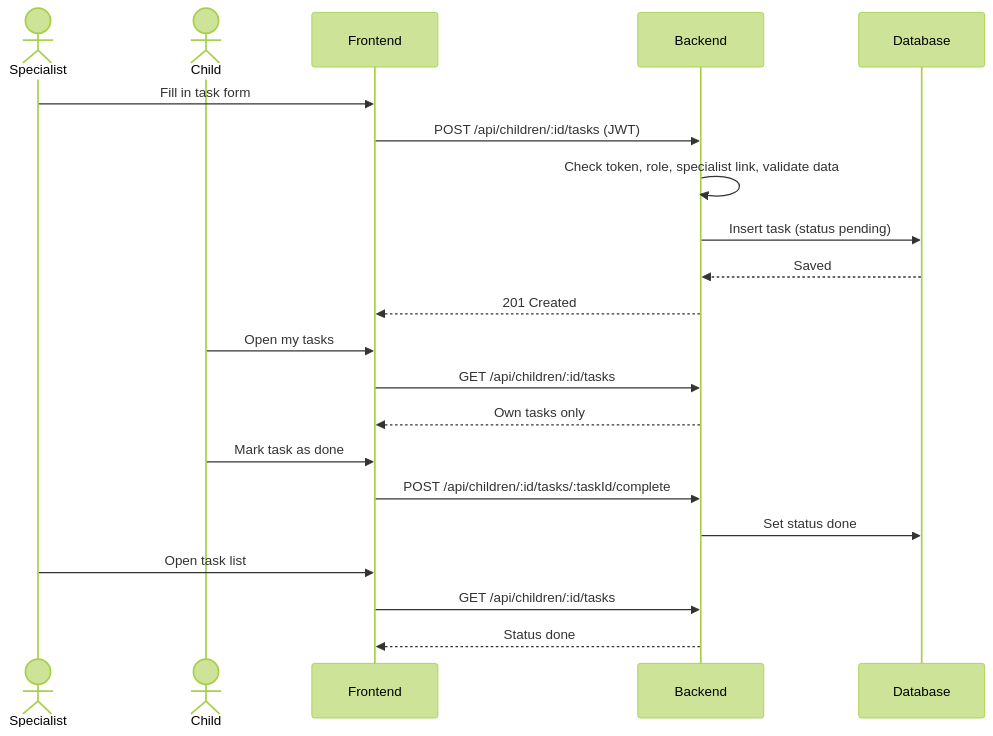
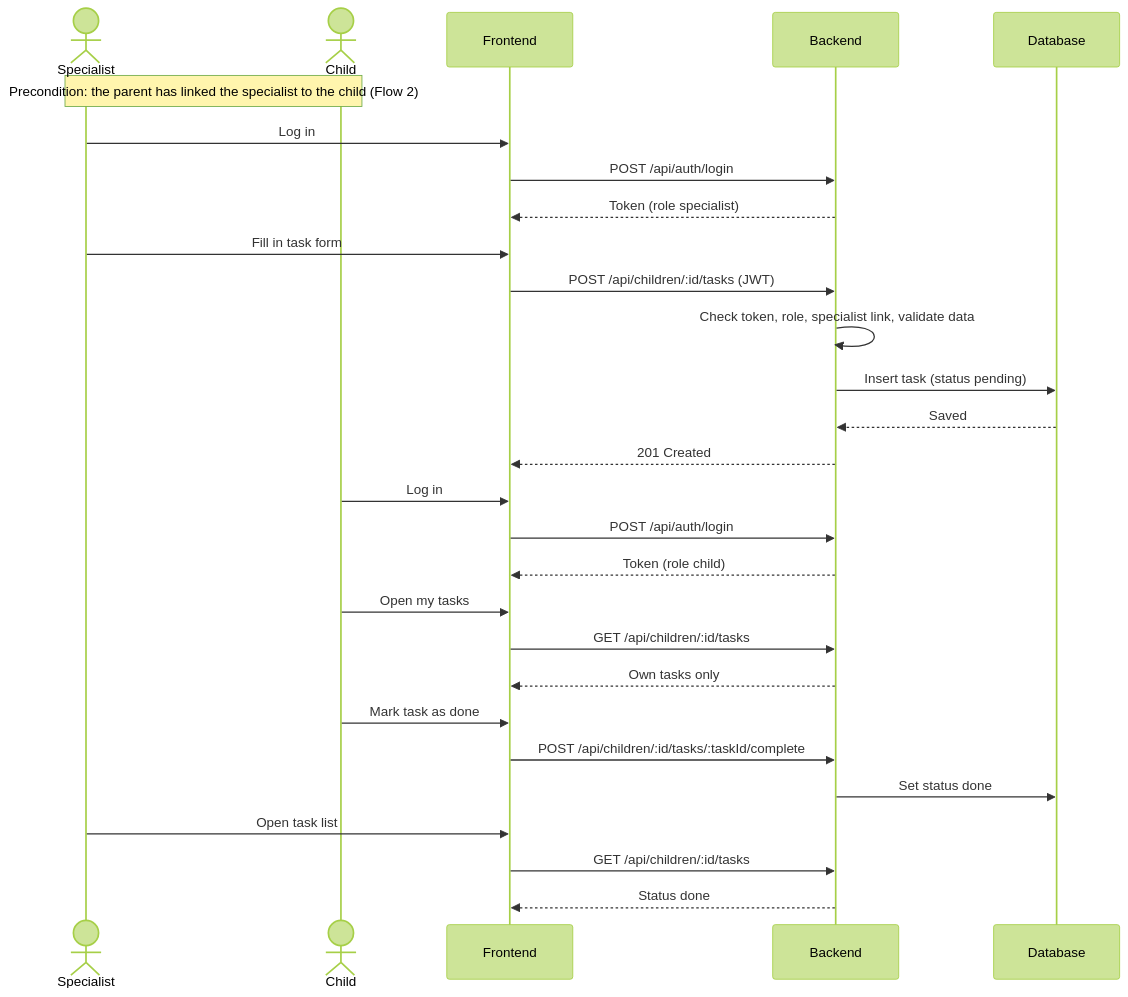
The fifth of 7 diagrams in docs/SDD.md (Alsoren/child-development-platform), drawn with Mermaid (forest theme) before and after one commit. The commit also changed other lines of this file, not shown here.

Commit message:
SCRUM-36 finalize SDD: align with code, schema and API status

````diff
--- a/docs/SDD.md
+++ b/docs/SDD.md
@@ -251,20 +279,27 @@
 ```mermaid
 sequenceDiagram
     actor Specialist
     actor Child
+    Note over Specialist,Child: Precondition: the parent has linked the specialist to the child (Flow 2)
+    Specialist->>Frontend: Log in
+    Frontend->>Backend: POST /api/auth/login
+    Backend-->>Frontend: Token (role specialist)
     Specialist->>Frontend: Fill in task form
     Frontend->>Backend: POST /api/children/:id/tasks (JWT)
     Backend->>Backend: Check token, role, specialist link, validate data
     Backend->>Database: Insert task (status pending)
     Database-->>Backend: Saved
     Backend-->>Frontend: 201 Created
+    Child->>Frontend: Log in
+    Frontend->>Backend: POST /api/auth/login
+    Backend-->>Frontend: Token (role child)
     Child->>Frontend: Open my tasks
     Frontend->>Backend: GET /api/children/:id/tasks
     Backend-->>Frontend: Own tasks only
     Child->>Frontend: Mark task as done
     Frontend->>Backend: POST /api/children/:id/tasks/:taskId/complete
     Backend->>Database: Set status done
     Specialist->>Frontend: Open task list
     Frontend->>Backend: GET /api/children/:id/tasks
     Backend-->>Frontend: Status done
 ```
````
